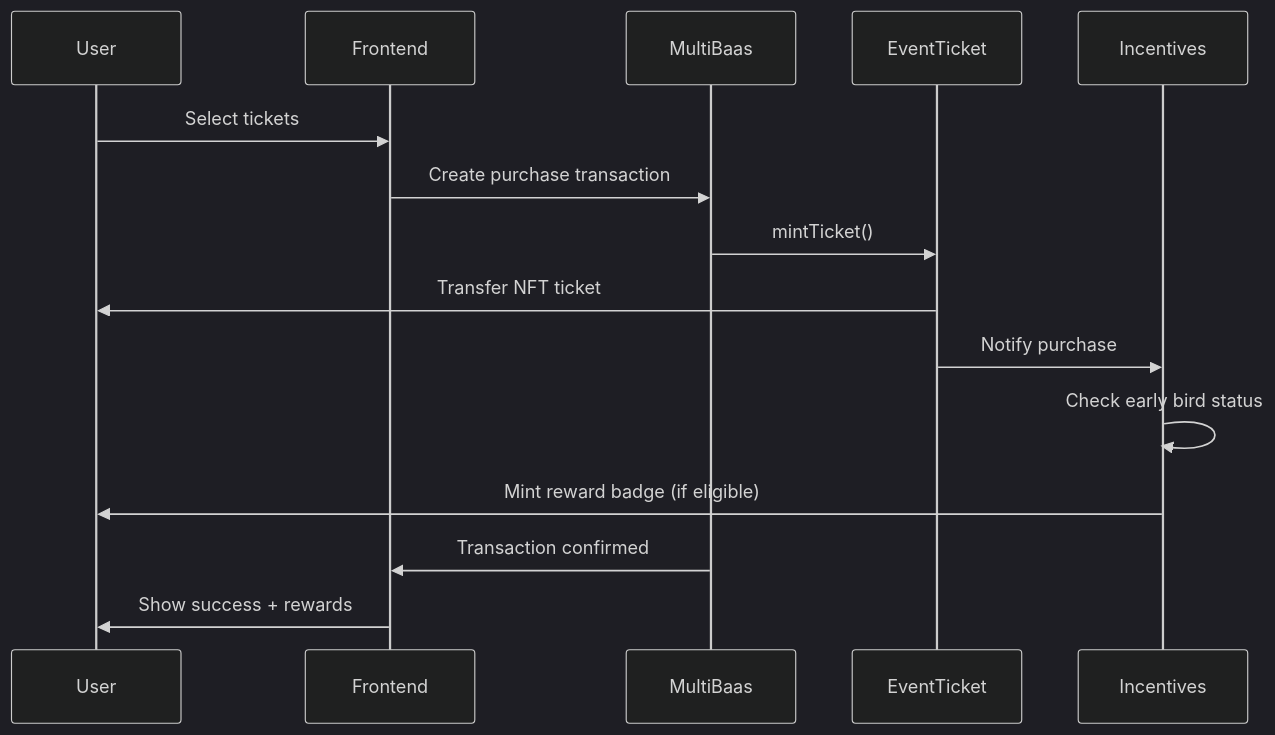
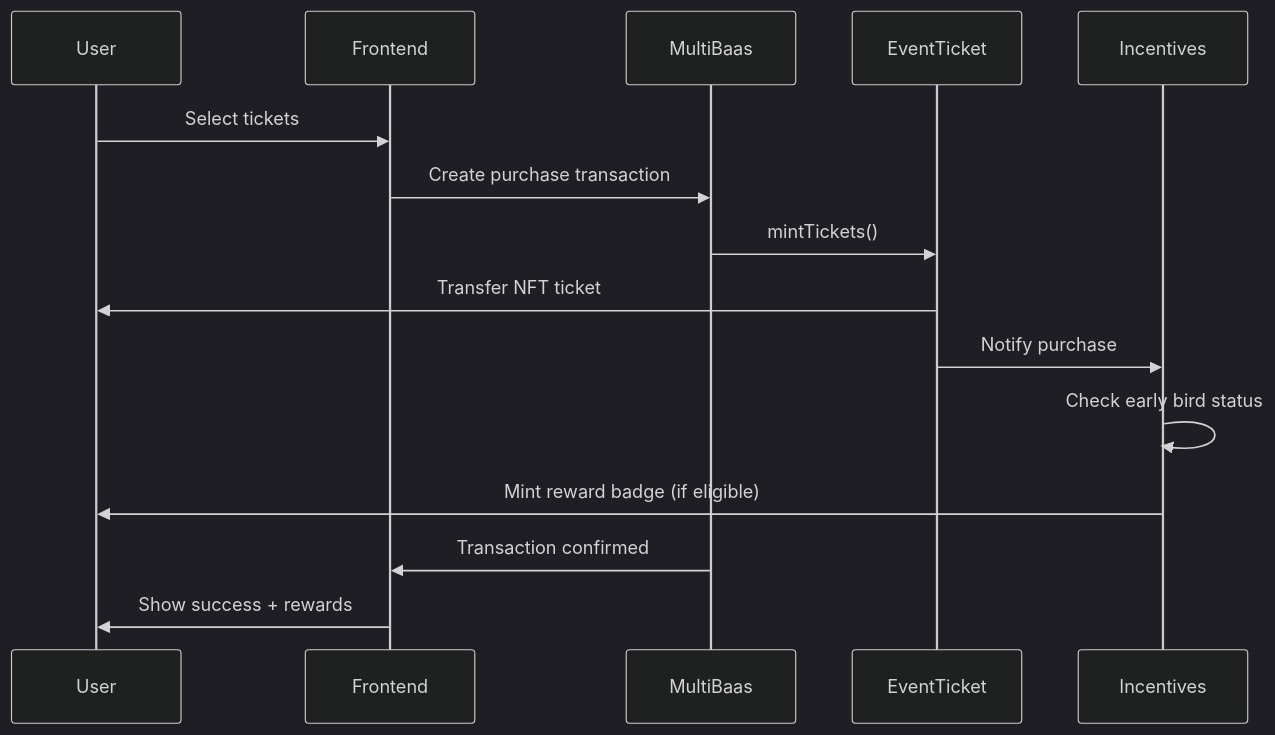
The third of 4 diagrams in docs/architecture/README.md (Emertechs-Labs/e-chain), drawn with Mermaid (dark theme) before and after one commit. The commit also changed other lines of this file and 158 other files, not shown here.

````diff
--- a/docs/architecture/README.md
+++ b/docs/architecture/README.md
@@ -265,18 +268,18 @@
 ```mermaid
 sequenceDiagram
     participant U as User
     participant F as Frontend
     participant M as MultiBaas
     participant E as EventTicket
     participant I as Incentives
-    
+
     U->>F: Select tickets
     F->>M: Create purchase transaction
-    M->>E: mintTicket()
+    M->>E: mintTickets()
     E->>U: Transfer NFT ticket
     E->>I: Notify purchase
     I->>I: Check early bird status
     I->>U: Mint reward badge (if eligible)
     M->>F: Transaction confirmed
     F->>U: Show success + rewards
 ```
````
